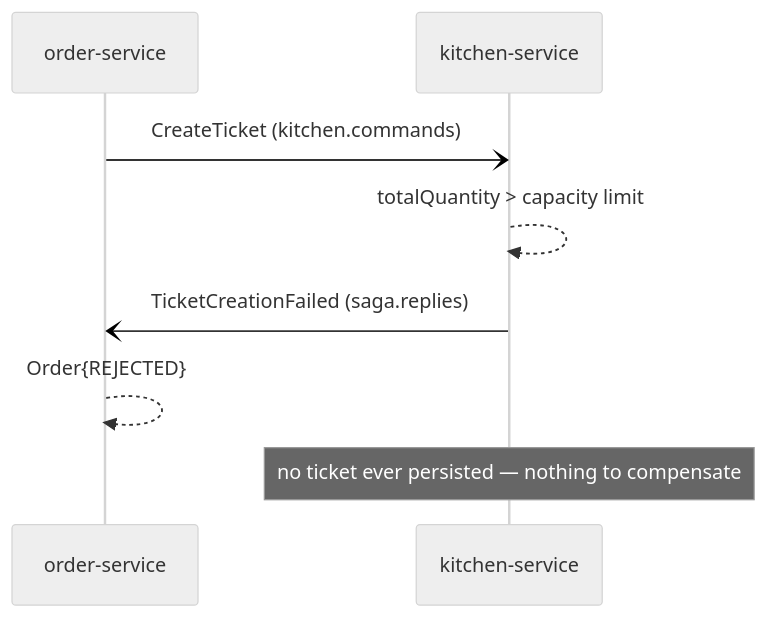
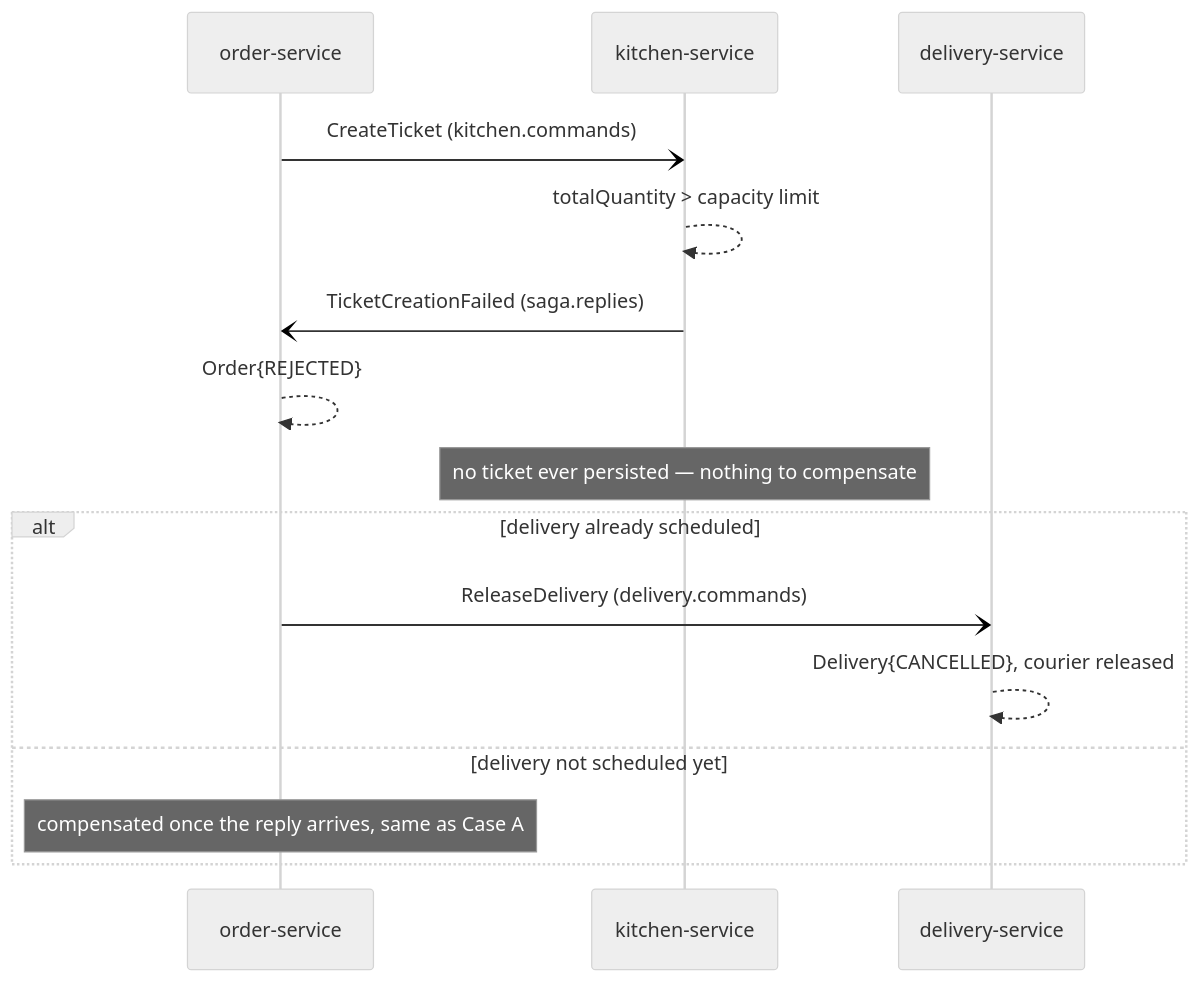
Before and after one commit to sanjaykpradhan10/my-food-to-go-app: the eighth of 22 diagrams in docs/ARCHITECTURE.md, drawn with Mermaid (neutral theme). The commit also changed other lines of this file and 5 other files, not shown here.

````diff
--- a/docs/ARCHITECTURE.md
+++ b/docs/ARCHITECTURE.md
@@ -222,11 +281,18 @@
 ```mermaid
 sequenceDiagram
     participant O as order-service
     participant K as kitchen-service
+    participant D as delivery-service
 
     O-)K: CreateTicket (kitchen.commands)
     K-->>K: totalQuantity > capacity limit
     K-)O: TicketCreationFailed (saga.replies)
     O-->>O: Order{REJECTED}
     Note over K: no ticket ever persisted — nothing to compensate
+    alt delivery already scheduled
+        O-)D: ReleaseDelivery (delivery.commands)
+        D-->>D: Delivery{CANCELLED}, courier released
+    else delivery not scheduled yet
+        Note over O: compensated once the reply arrives, same as Case A
+    end
 ```
````
